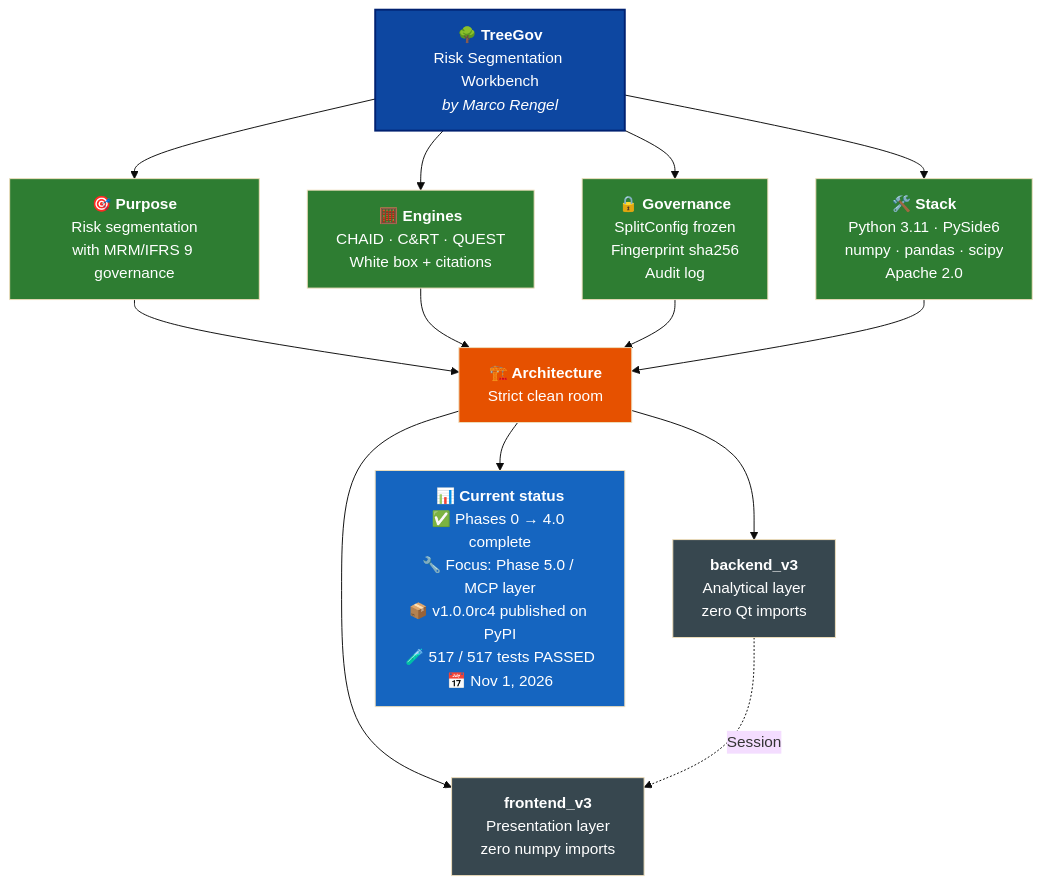
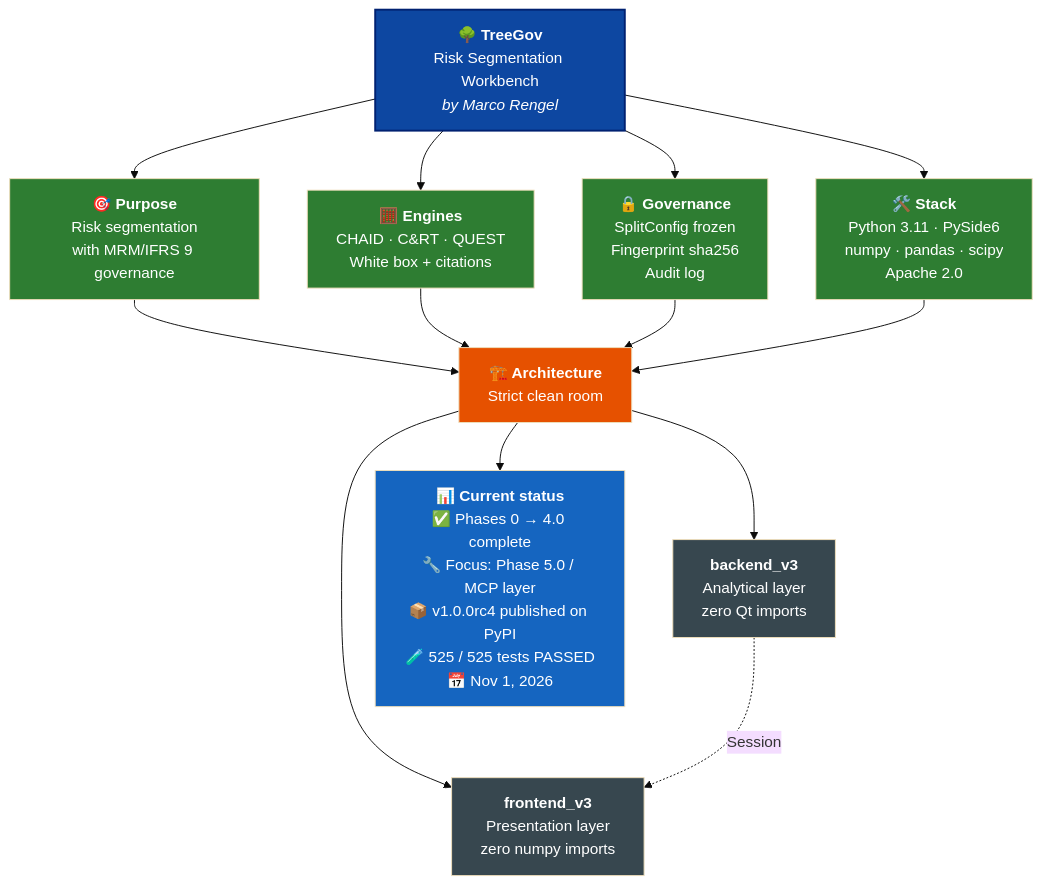
One commit to Marco-Rengel/treegov changed the diagram in README.md. Above: the diagram before and after it, drawn with Mermaid (base theme). The commit also changed other lines of this file and 14 other files, not shown here.

Commit message:
feat(mcp): add E2E parity tests and fix CHAID exporters (5.0.c)

````diff
--- a/README.md
+++ b/README.md
@@ -38,31 +38,31 @@
 ```mermaid
 flowchart TB
     TG["<b>🌳 TreeGov</b><br/>Risk Segmentation Workbench<br/><i>by Marco Rengel</i>"]
 
     TG --> P["<b>🎯 Purpose</b><br/>Risk segmentation<br/>with MRM/IFRS 9 governance"]
     TG --> M["<b>🧮 Engines</b><br/>CHAID · C&RT · QUEST<br/>White box + citations"]
     TG --> G["<b>🔒 Governance</b><br/>SplitConfig frozen<br/>Fingerprint sha256<br/>Audit log"]
     TG --> S["<b>🛠️ Stack</b><br/>Python 3.11 · PySide6<br/>numpy · pandas · scipy<br/>Apache 2.0"]
 
     P --> ARQ["<b>🏗️ Architecture</b><br/>Strict clean room"]
     M --> ARQ
     G --> ARQ
     S --> ARQ
 
     ARQ --> BE["<b>backend_v3</b><br/>Analytical layer<br/>zero Qt imports"]
     ARQ --> FE["<b>frontend_v3</b><br/>Presentation layer<br/>zero numpy imports"]
 
     BE -.->|Session| FE
 
-    ARQ --> ST["<b>📊 Current status</b><br/>✅ Phases 0 → 4.0 complete<br/>🔧 Focus: Phase 5.0 / MCP layer<br/>📦 v1.0.0rc4 published on PyPI<br/>🧪 517 / 517 tests PASSED<br/>📅 Nov 1, 2026"]
+    ARQ --> ST["<b>📊 Current status</b><br/>✅ Phases 0 → 4.0 complete<br/>🔧 Focus: Phase 5.0 / MCP layer<br/>📦 v1.0.0rc4 published on PyPI<br/>🧪 525 / 525 tests PASSED<br/>📅 Nov 1, 2026"]
 
     style TG fill:#0D47A1,color:#fff,stroke:#002171,stroke-width:2px
     style P fill:#2E7D32,color:#fff
     style M fill:#2E7D32,color:#fff
     style G fill:#2E7D32,color:#fff
     style S fill:#2E7D32,color:#fff
     style ARQ fill:#E65100,color:#fff
     style BE fill:#37474F,color:#fff
     style FE fill:#37474F,color:#fff
     style ST fill:#1565C0,color:#fff
 ```
````
